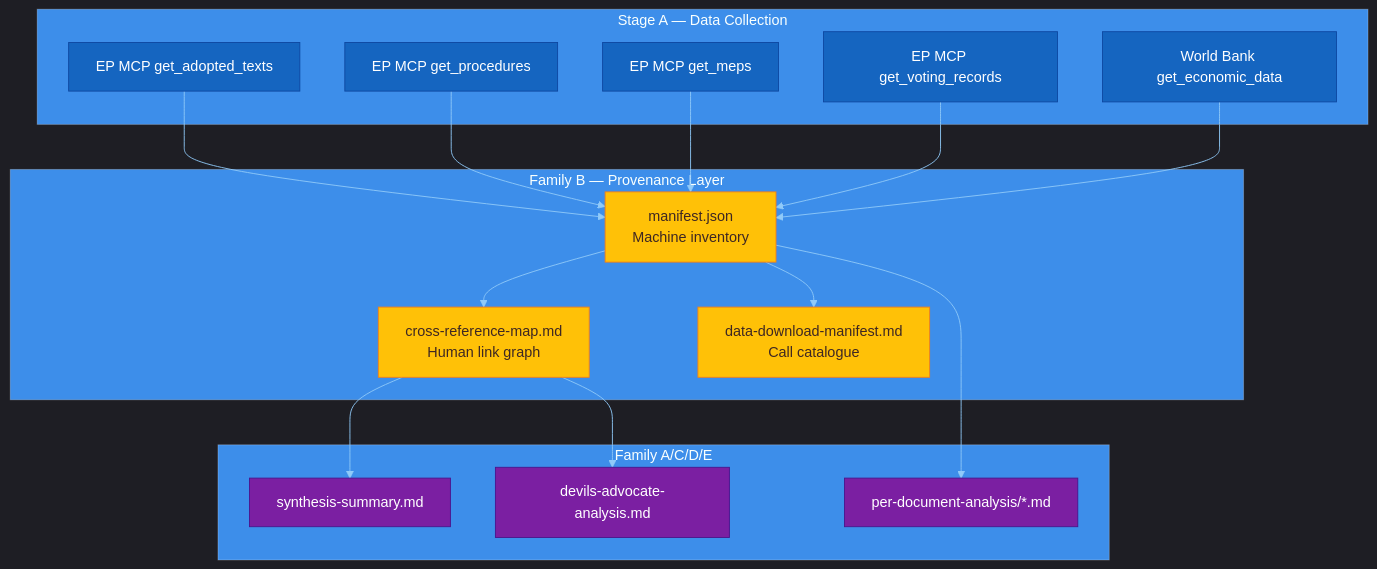
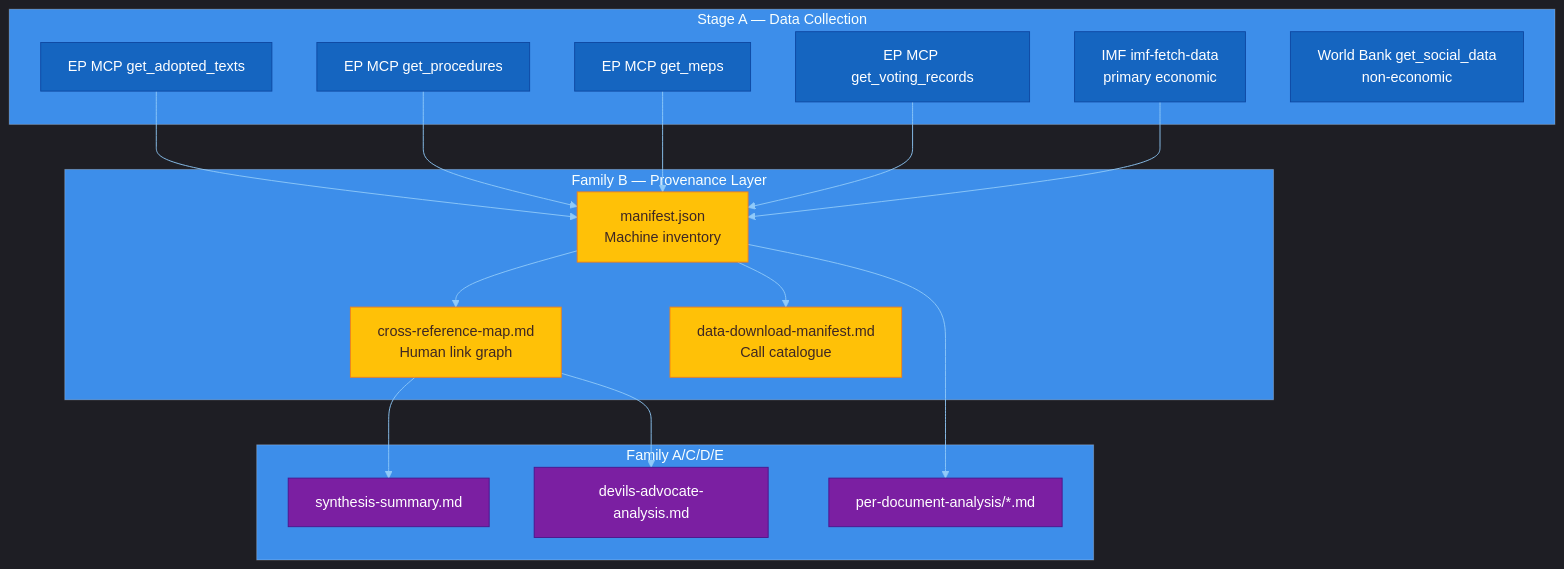
One commit to Hack23/euparliamentmonitor changed the first of 2 diagrams in analysis/methodologies/structural-metadata-methodology.md. Above: the diagram before and after it, drawn with Mermaid. The commit also changed other lines of this file and 11 other files, not shown here.

First line of the commit message:
Phase 6: methodologies Wave-3 IMF-primary rewrite (worldbank-indicator-mapping purge to non-economic, ai-driven-guide Rule 12, per-artifact-methodologies §economic-context)

````diff
--- a/analysis/methodologies/structural-metadata-methodology.md
+++ b/analysis/methodologies/structural-metadata-methodology.md
@@ -62,39 +62,40 @@
 ```mermaid
 %%{init: {"theme":"dark","themeVariables":{"primaryColor":"#1565C0","primaryTextColor":"#ffffff","primaryBorderColor":"#0A3F7F","lineColor":"#90CAF9","secondaryColor":"#2E7D32","secondaryTextColor":"#ffffff","tertiaryColor":"#FF9800","tertiaryTextColor":"#000000","mainBkg":"#1565C0","secondBkg":"#2E7D32","tertiaryBkg":"#FF9800","noteBkgColor":"#FFC107","noteTextColor":"#000000","errorBkgColor":"#D32F2F","fontFamily":"Inter, Helvetica, Arial, sans-serif"}}}%%
 flowchart TB
     classDef input fill:#1565C0,stroke:#0D47A1,color:#FFFFFF
     classDef proc fill:#4CAF50,stroke:#1B5E20,color:#FFFFFF
     classDef meta fill:#FFC107,stroke:#F57F17,color:#3E2723
     classDef out fill:#7B1FA2,stroke:#4A148C,color:#FFFFFF
 
     subgraph STAGE_A["Stage A — Data Collection"]
         MCP1[EP MCP get_adopted_texts]:::input
         MCP2[EP MCP get_procedures]:::input
         MCP3[EP MCP get_meps]:::input
         MCP4[EP MCP get_voting_records]:::input
-        MCP5[World Bank get_economic_data]:::input
+        MCP5[IMF imf-fetch-data<br/>primary economic]:::input
+        MCP6[World Bank get_social_data<br/>non-economic]:::input
     end
 
     subgraph FAMILY_B["Family B — Provenance Layer"]
         M[manifest.json<br/>Machine inventory]:::meta
         X[cross-reference-map.md<br/>Human link graph]:::meta
         D[data-download-manifest.md<br/>Call catalogue]:::meta
     end
 
     subgraph DOWNSTREAM["Family A/C/D/E"]
         A[synthesis-summary.md]:::out
         C[devils-advocate-analysis.md]:::out
         E[per-document-analysis/*.md]:::out
     end
 
     MCP1 --> M
     MCP2 --> M
     MCP3 --> M
     MCP4 --> M
     MCP5 --> M
     M --> X
     M --> D
     X --> A
     X --> C
     M --> E
 ```
````
